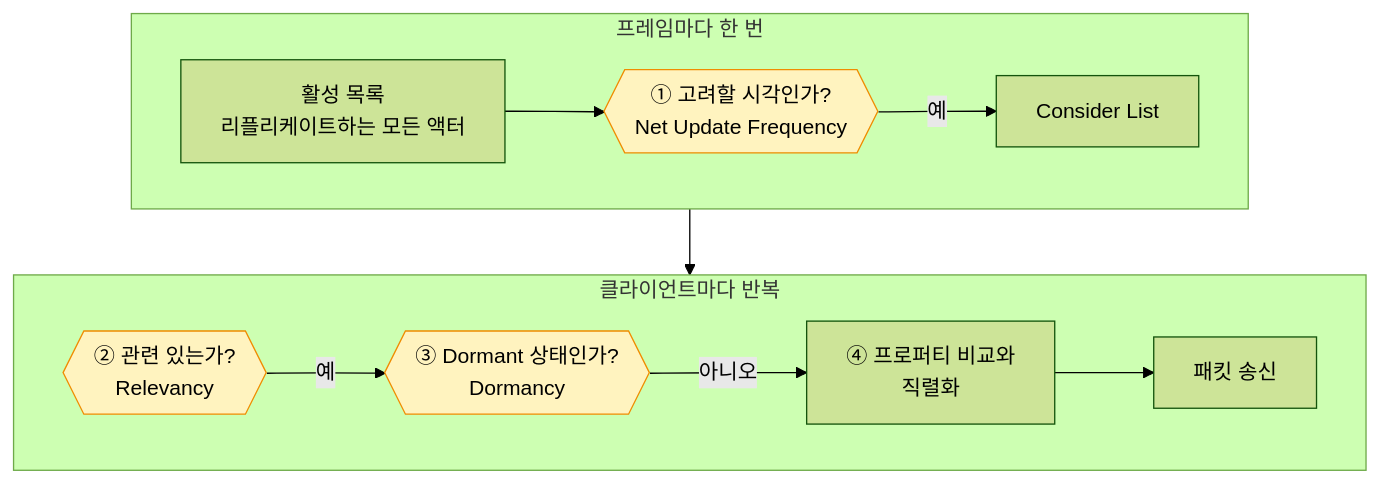
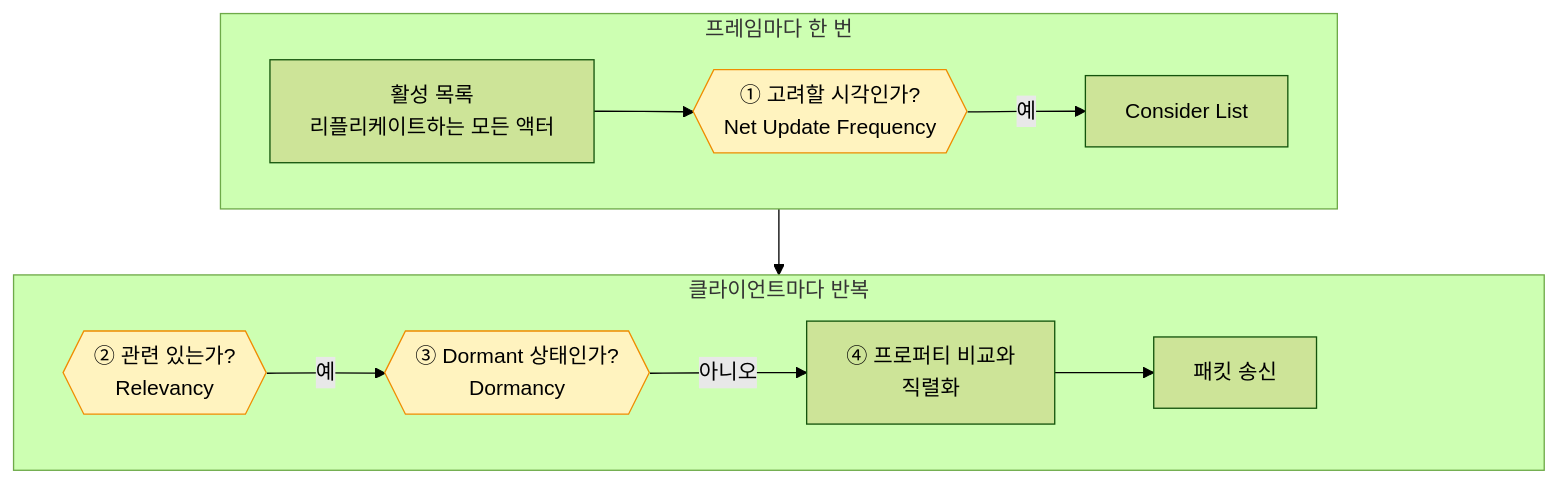
One commit to hon454/ue-dedicated-server-optimization-lab changed the diagram in Posts/01-baseline/README.md. Above: the diagram before and after it, drawn with Mermaid (forest theme). The commit also changed 5 other files, not shown here.

First line of the commit message:
docs(posts): keep the last flow node clear of GitHub's diagram controls

````diff
--- a/Posts/01-baseline/README.md
+++ b/Posts/01-baseline/README.md
@@ -42,17 +42,20 @@
 ```mermaid
 flowchart TB
     subgraph Once["프레임마다 한 번"]
         direction LR
         A["활성 목록<br/>리플리케이트하는 모든 액터"] --> B{{"① 고려할 시각인가?<br/>Net Update Frequency"}}
         B -- "예" --> C["Consider List"]
     end
     subgraph PerClient["클라이언트마다 반복"]
         direction LR
         D{{"② 관련 있는가?<br/>Relevancy"}} -- "예" --> E{{"③ Dormant 상태인가?<br/>Dormancy"}}
         E -- "아니오" --> G["④ 프로퍼티 비교와<br/>직렬화"]
         G --> H["패킷 송신"]
+        H ~~~ Pad["　　　　　　"]
     end
     Once --> PerClient
     classDef check fill:#fff3bf,stroke:#f08c00,color:#000
     class B,D,E check
+    classDef pad fill:none,stroke:none
+    class Pad pad
 ```
````
